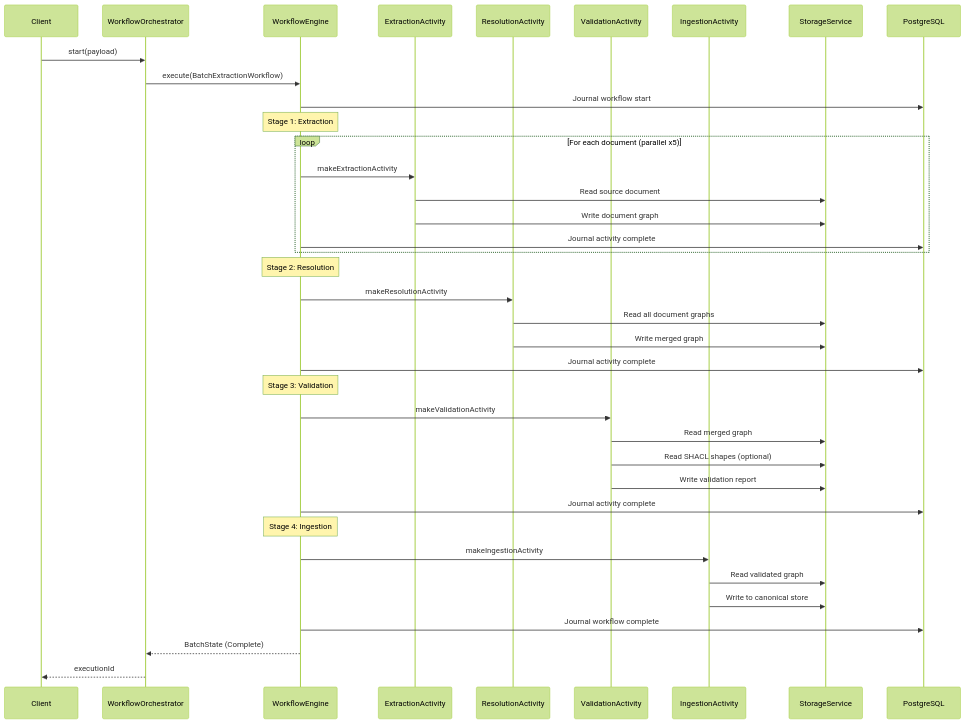
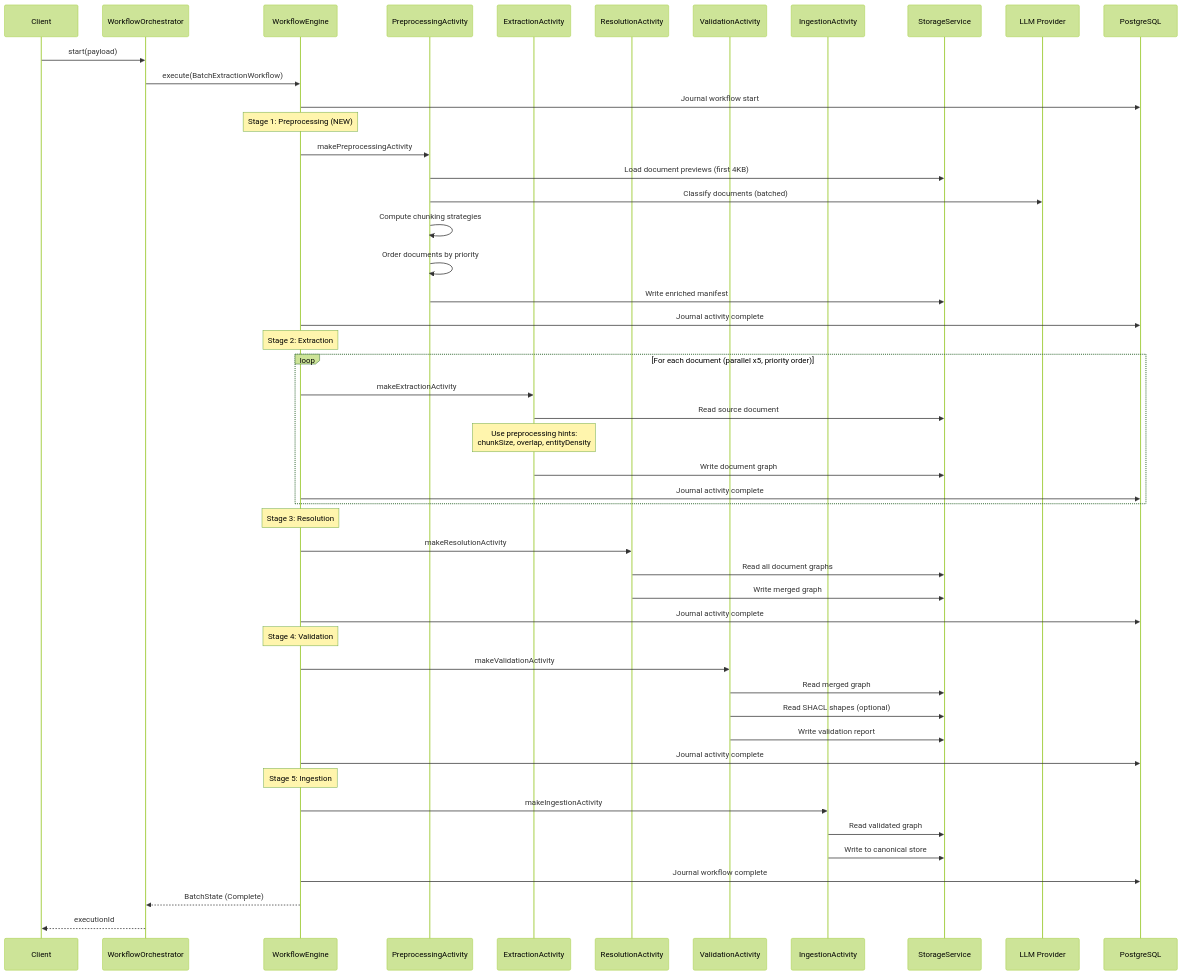
Before and after one commit to mepuka/effect-ontology: the fourth of 15 diagrams in packages/@core-v2/docs/architecture/system-architecture.md, drawn with Mermaid (forest theme). The commit also changed other lines of this file and 34 other files, not shown here.

````diff
--- a/packages/@core-v2/docs/architecture/system-architecture.md
+++ b/packages/@core-v2/docs/architecture/system-architecture.md
@@ -226,46 +238,58 @@
 ```mermaid
 sequenceDiagram
     participant C as Client
     participant WO as WorkflowOrchestrator
     participant WE as WorkflowEngine
+    participant PA as PreprocessingActivity
     participant EA as ExtractionActivity
     participant RA as ResolutionActivity
     participant VA as ValidationActivity
     participant IA as IngestionActivity
     participant S as StorageService
+    participant LLM as LLM Provider
     participant PG as PostgreSQL
 
     C->>WO: start(payload)
     WO->>WE: execute(BatchExtractionWorkflow)
     WE->>PG: Journal workflow start
 
-    Note over WE: Stage 1: Extraction
-    loop For each document (parallel x5)
+    Note over WE: Stage 1: Preprocessing (NEW)
+    WE->>PA: makePreprocessingActivity
+    PA->>S: Load document previews (first 4KB)
+    PA->>LLM: Classify documents (batched)
+    PA->>PA: Compute chunking strategies
+    PA->>PA: Order documents by priority
+    PA->>S: Write enriched manifest
+    WE->>PG: Journal activity complete
+
+    Note over WE: Stage 2: Extraction
+    loop For each document (parallel x5, priority order)
         WE->>EA: makeExtractionActivity
         EA->>S: Read source document
+        Note over EA: Use preprocessing hints:<br/>chunkSize, overlap, entityDensity
         EA->>S: Write document graph
         WE->>PG: Journal activity complete
     end
 
-    Note over WE: Stage 2: Resolution
+    Note over WE: Stage 3: Resolution
     WE->>RA: makeResolutionActivity
     RA->>S: Read all document graphs
     RA->>S: Write merged graph
     WE->>PG: Journal activity complete
 
-    Note over WE: Stage 3: Validation
+    Note over WE: Stage 4: Validation
     WE->>VA: makeValidationActivity
     VA->>S: Read merged graph
     VA->>S: Read SHACL shapes (optional)
     VA->>S: Write validation report
     WE->>PG: Journal activity complete
 
-    Note over WE: Stage 4: Ingestion
+    Note over WE: Stage 5: Ingestion
     WE->>IA: makeIngestionActivity
     IA->>S: Read validated graph
     IA->>S: Write to canonical store
     WE->>PG: Journal workflow complete
 
     WE-->>WO: BatchState (Complete)
     WO-->>C: executionId
 ```
````
